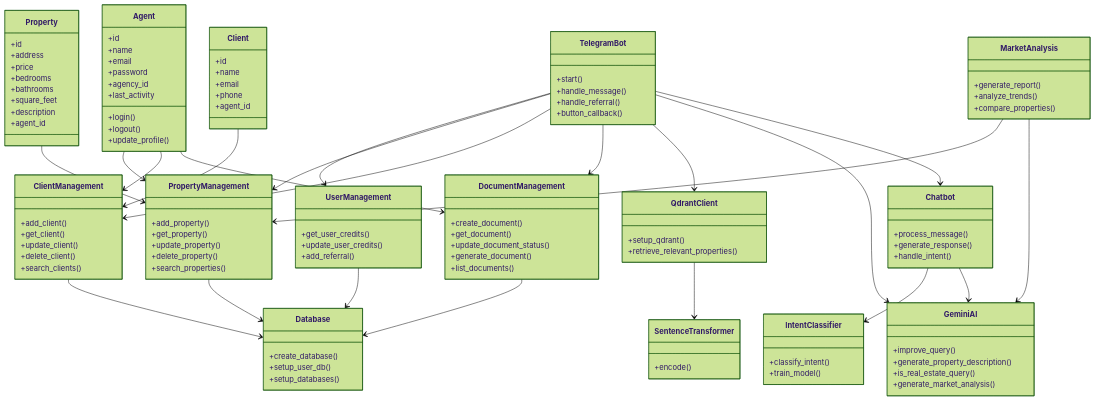
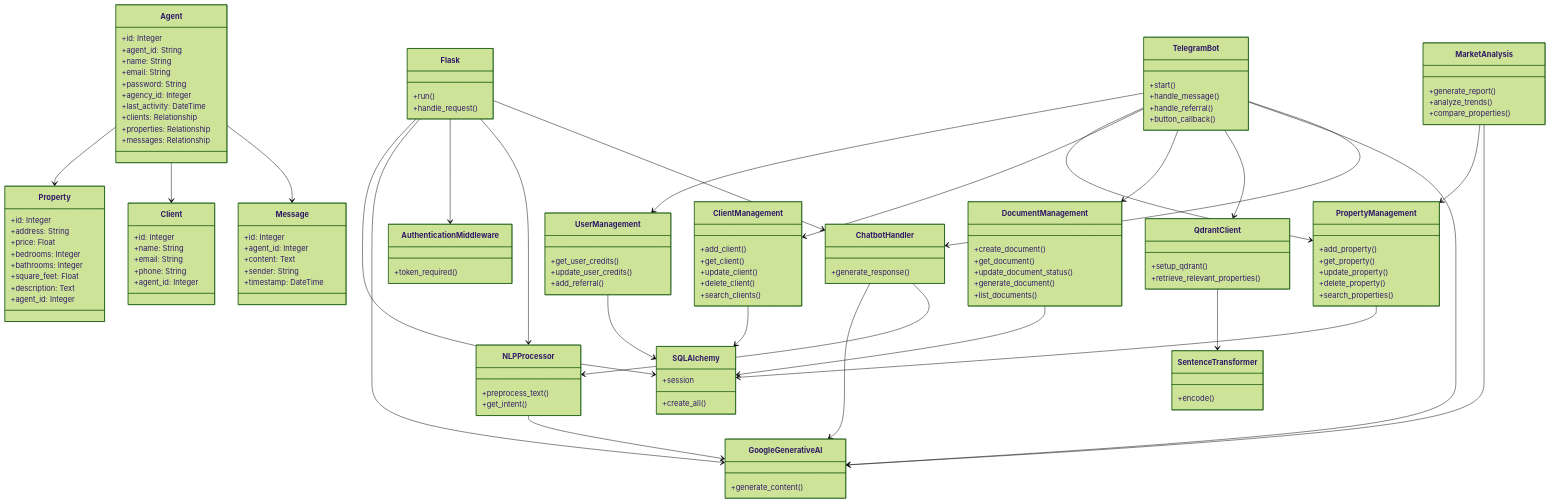
Before and after one commit to bekhruzbekRakhmonov/beda_top_bot: the diagram in README.md, drawn with Mermaid (forest theme). The commit also changed other lines of this file, not shown here.

Commit message:
team added

````diff
--- a/README.md
+++ b/README.md
@@ -119,16 +162,24 @@
 ```mermaid
 classDiagram
+    class Flask {
+        +run()
+        +handle_request()
+    }
+
+    class SQLAlchemy {
+        +create_all()
+        +session
+    }
+
+    class GoogleGenerativeAI {
+        +generate_content()
+    }
+
     class TelegramBot {
         +start()
         +handle_message()
         +handle_referral()
         +button_callback()
-    }
-
-    class Database {
-        +create_database()
-        +setup_user_db()
-        +setup_databases()
     }
 
     class QdrantClient {
@@ -138,6 +189,59 @@
 
     class SentenceTransformer {
         +encode()
+    }
+
+    class Agent {
+        +id: Integer
+        +agent_id: String
+        +name: String
+        +email: String
+        +password: String
+        +agency_id: Integer
+        +last_activity: DateTime
+        +clients: Relationship
+        +properties: Relationship
+        +messages: Relationship
+    }
+
+    class Property {
+        +id: Integer
+        +address: String
+        +price: Float
+        +bedrooms: Integer
+        +bathrooms: Integer
+        +square_feet: Float
+        +description: Text
+        +agent_id: Integer
+    }
+
+    class Client {
+        +id: Integer
+        +name: String
+        +email: String
+        +phone: String
+        +agent_id: Integer
+    }
+
+    class Message {
+        +id: Integer
+        +agent_id: Integer
+        +content: Text
+        +sender: String
+        +timestamp: DateTime
+    }
+
+    class AuthenticationMiddleware {
+        +token_required()
+    }
+
+    class NLPProcessor {
+        +preprocess_text()
+        +get_intent()
+    }
+
+    class ChatbotHandler {
+        +generate_response()
     }
 
     class UserManagement {
@@ -170,80 +274,35 @@
         +list_documents()
     }
 
-    class GeminiAI {
-        +improve_query()
-        +generate_property_description()
-        +is_real_estate_query()
-        +generate_market_analysis()
-    }
-
-    class Agent {
-        +id
-        +name
-        +email
-        +password
-        +agency_id
-        +last_activity
-        +login()
-        +logout()
-        +update_profile()
-    }
-
-    class Property {
-        +id
-        +address
-        +price
-        +bedrooms
-        +bathrooms
-        +square_feet
-        +description
-        +agent_id
-    }
-
-    class Client {
-        +id
-        +name
-        +email
-        +phone
-        +agent_id
-    }
-
-    class Chatbot {
-        +process_message()
-        +generate_response()
-        +handle_intent()
-    }
-
-    class IntentClassifier {
-        +classify_intent()
-        +train_model()
-    }
-
     class MarketAnalysis {
         +generate_report()
         +analyze_trends()
         +compare_properties()
     }
 
+    Flask --> SQLAlchemy
+    Flask --> GoogleGenerativeAI
+    Flask --> AuthenticationMiddleware
+    Flask --> NLPProcessor
+    Flask --> ChatbotHandler
     TelegramBot --> UserManagement
     TelegramBot --> PropertyManagement
     TelegramBot --> ClientManagement
     TelegramBot --> DocumentManagement
     TelegramBot --> QdrantClient
-    TelegramBot --> GeminiAI
-    TelegramBot --> Chatbot
+    TelegramBot --> GoogleGenerativeAI
+    TelegramBot --> ChatbotHandler
     QdrantClient --> SentenceTransformer
-    PropertyManagement --> Database
-    ClientManagement --> Database
-    DocumentManagement --> Database
-    UserManagement --> Database
-    Agent --> PropertyManagement
-    Agent --> ClientManagement
-    Agent --> DocumentManagement
-    Property --> PropertyManagement
-    Client --> ClientManagement
-    Chatbot --> IntentClassifier
-    Chatbot --> GeminiAI
+    Agent --> Property
+    Agent --> Client
+    Agent --> Message
+    NLPProcessor --> GoogleGenerativeAI
+    ChatbotHandler --> GoogleGenerativeAI
+    ChatbotHandler --> NLPProcessor
+    PropertyManagement --> SQLAlchemy
+    ClientManagement --> SQLAlchemy
+    DocumentManagement --> SQLAlchemy
+    UserManagement --> SQLAlchemy
     MarketAnalysis --> PropertyManagement
-    MarketAnalysis --> GeminiAI
+    MarketAnalysis --> GoogleGenerativeAI
 ```
````
